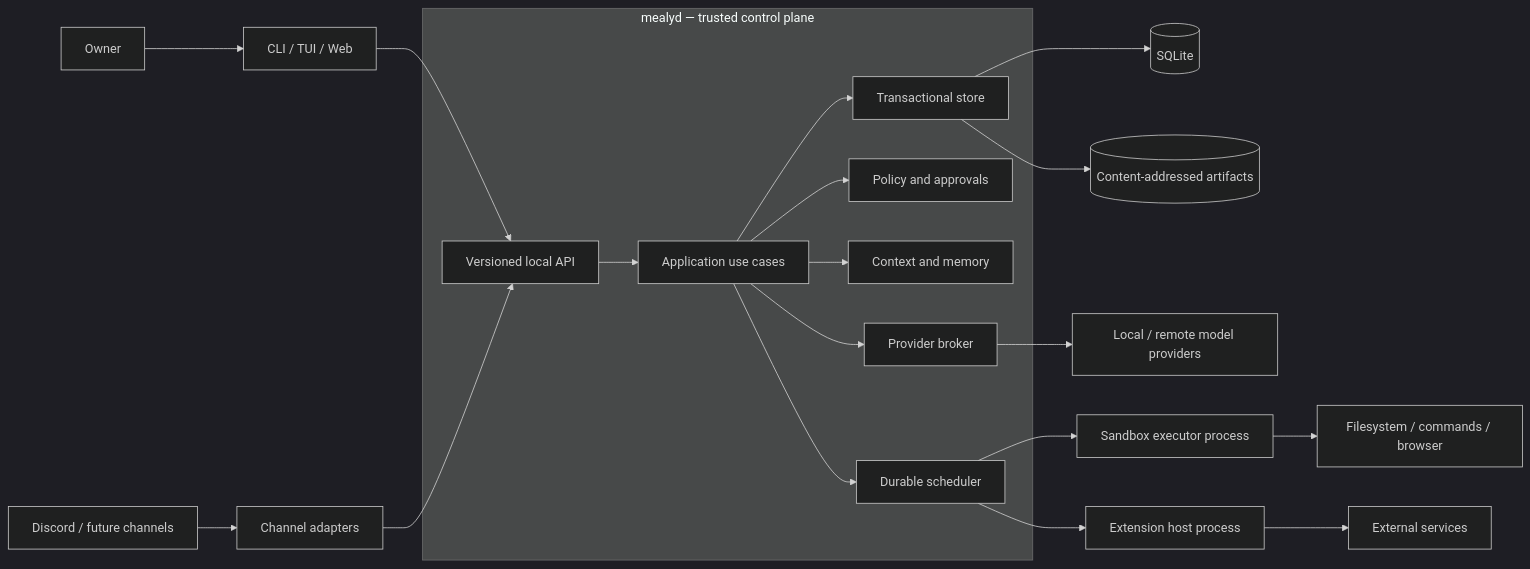
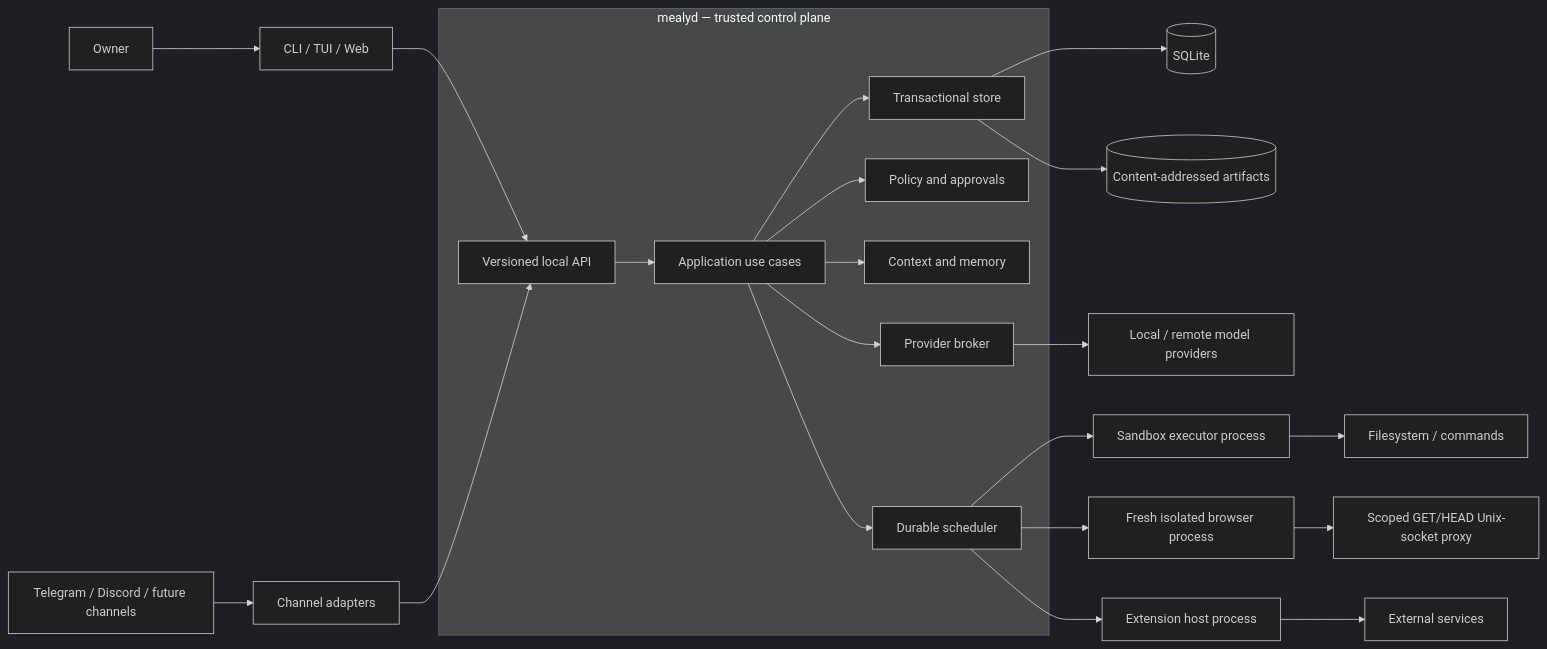
Before and after one commit to Amekn/project_mealy: the first of 5 diagrams in ARCHITECTURE.md, drawn with Mermaid (dark theme). The commit also changed other lines of this file and 158 other files, not shown here.

````diff
--- a/ARCHITECTURE.md
+++ b/ARCHITECTURE.md
@@ -56,24 +56,26 @@
 ```mermaid
 flowchart LR
   User["Owner"] --> Clients["CLI / TUI / Web"]
-  Platforms["Discord / future channels"] --> ChannelAdapters["Channel adapters"]
+  Platforms["Telegram / Discord / future channels"] --> ChannelAdapters["Channel adapters"]
   Clients --> API["Versioned local API"]
   ChannelAdapters --> API
 
   subgraph Daemon["mealyd — trusted control plane"]
     API --> App["Application use cases"]
     App --> Scheduler["Durable scheduler"]
     App --> Policy["Policy and approvals"]
     App --> Context["Context and memory"]
     App --> Providers["Provider broker"]
     App --> Store["Transactional store"]
   end
 
   Store --> SQLite[("SQLite")]
   Store --> Artifacts[("Content-addressed artifacts")]
   Providers --> Models["Local / remote model providers"]
   Scheduler --> Executor["Sandbox executor process"]
+  Scheduler --> Browser["Fresh isolated browser process"]
   Scheduler --> ExtensionHost["Extension host process"]
-  Executor --> OS["Filesystem / commands / browser"]
+  Executor --> OS["Filesystem / commands"]
+  Browser --> BrowserProxy["Scoped GET/HEAD Unix-socket proxy"]
   ExtensionHost --> Services["External services"]
 ```
````
